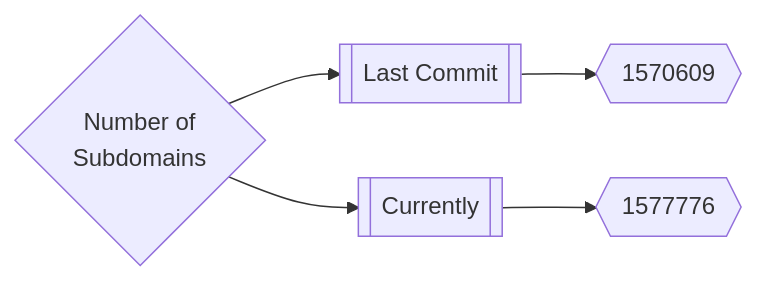
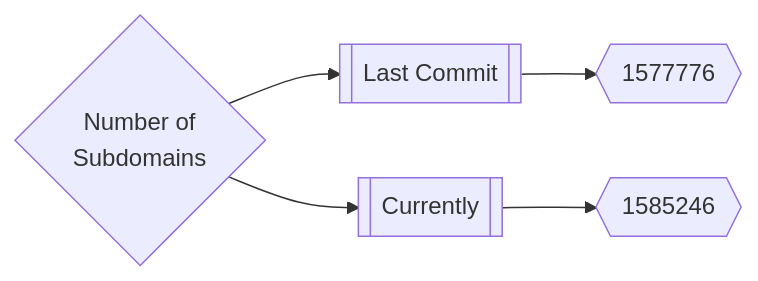
One commit to trickest/inventory changed the first of 3 diagrams in README.md. Above: the diagram before and after it, drawn with Mermaid. The commit also changed other lines of this file and 135 other files, not shown here.

````diff
--- a/README.md
+++ b/README.md
@@ -165,5 +165,5 @@
 ```mermaid
 graph LR
-title{Number of<br>Subdomains} --> subdomainsDate1[[Last Commit]] --> subdomainsNum1{{1570609}}
-title --> subdomainsDate2[[Currently]] --> subdomainsNum2{{1577776}}
+title{Number of<br>Subdomains} --> subdomainsDate1[[Last Commit]] --> subdomainsNum1{{1577776}}
+title --> subdomainsDate2[[Currently]] --> subdomainsNum2{{1585246}}
 ```
````
